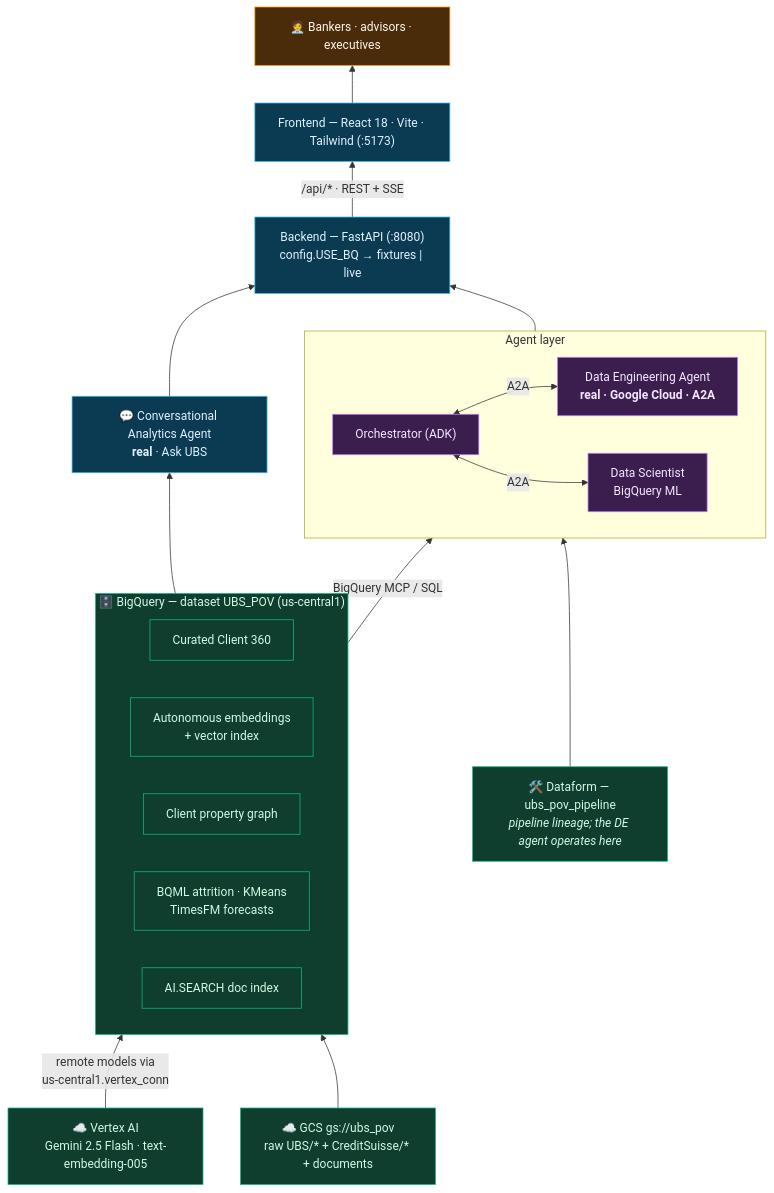
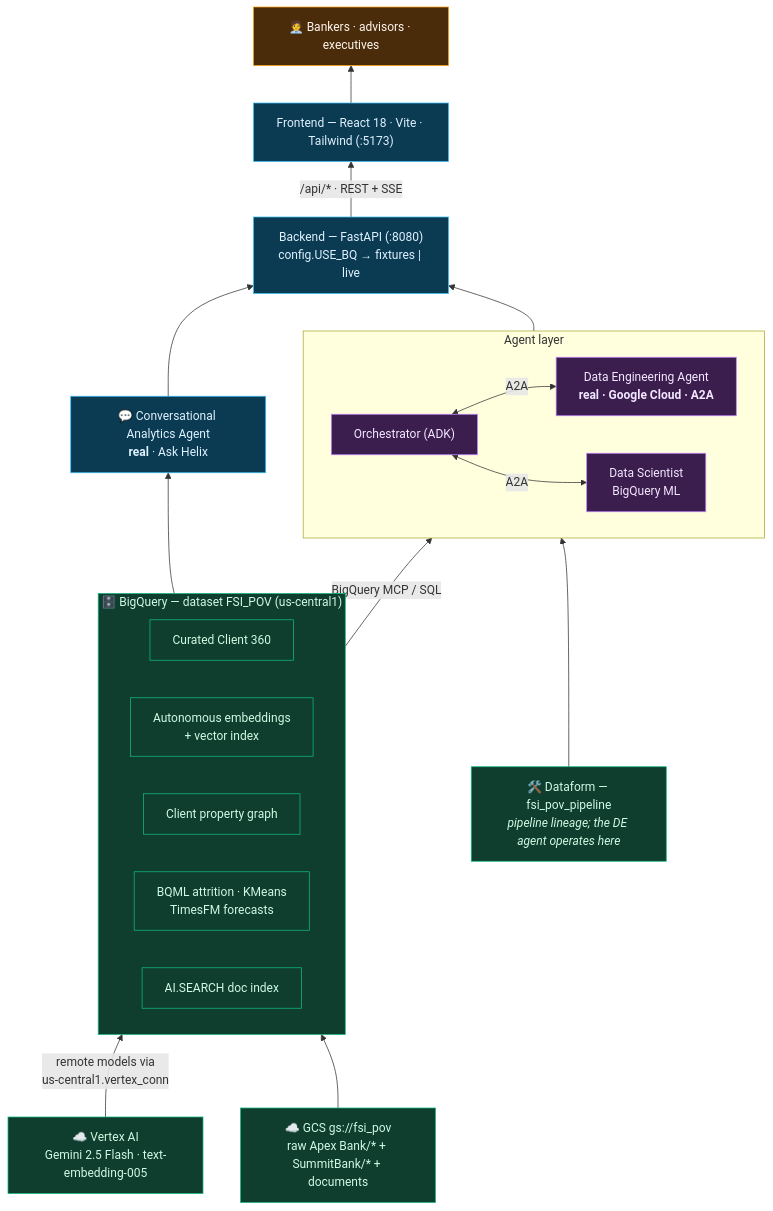
The second of 2 diagrams in README.md (gargravish/fsi_pov), drawn with Mermaid before and after one commit. The commit also changed other lines of this file and 55 other files, not shown here.

Commit message:
fix: resolve Conversational Analytics agent 404 location and parent context mapping

````diff
--- a/README.md
+++ b/README.md
@@ -154,49 +154,49 @@
 ```mermaid
 flowchart BT
     %% ===== bottom: cloud foundation =====
     VX["☁️ Vertex AI<br/>Gemini 2.5 Flash · text-embedding-005"]
-    GCS["☁️ GCS gs://ubs_pov<br/>raw UBS/* + CreditSuisse/* + documents"]
-    DF["🛠️ Dataform — ubs_pov_pipeline<br/><i>pipeline lineage; the DE agent operates here</i>"]
+    GCS["☁️ GCS gs://fsi_pov<br/>raw Apex Bank/* + SummitBank/* + documents"]
+    DF["🛠️ Dataform — fsi_pov_pipeline<br/><i>pipeline lineage; the DE agent operates here</i>"]
 
-    subgraph BQ["🗄️ BigQuery — dataset UBS_POV (us-central1)"]
+    subgraph BQ["🗄️ BigQuery — dataset FSI_POV (us-central1)"]
         direction LR
         Z1["Curated Client 360"]
         Z2["Autonomous embeddings<br/>+ vector index"]
         Z3["Client property graph"]
         Z4["BQML attrition · KMeans<br/>TimesFM forecasts"]
         Z5["AI.SEARCH doc index"]
     end
 
     VX -->|"remote models via<br/>us-central1.vertex_conn"| BQ
     GCS --> BQ
 
     %% ===== middle: agents + backend =====
     subgraph AGENTS["Agent layer"]
         direction LR
         ORC["Orchestrator (ADK)"]
         DE["Data Engineering Agent<br/><b>real · Google Cloud · A2A</b>"]
         DS["Data Scientist<br/>BigQuery ML"]
         ORC <-->|A2A| DE
         ORC <-->|A2A| DS
     end
-    CA["💬 Conversational Analytics Agent<br/><b>real</b> · Ask UBS"]
+    CA["💬 Conversational Analytics Agent<br/><b>real</b> · Ask Helix"]
 
     BQ -->|"BigQuery MCP / SQL"| AGENTS
     DF --> DE
     BQ --> CA
     AGENTS --> API["Backend — FastAPI (:8080)<br/>config.USE_BQ → fixtures | live"]
     CA --> API
 
     %% ===== top: app + users =====
     API -->|"/api/* · REST + SSE"| FE["Frontend — React 18 · Vite · Tailwind (:5173)"]
     FE --> USER["🧑‍💼 Bankers · advisors · executives"]
 
     classDef store fill:#0f3d2e,stroke:#10b981,color:#d1fae5;
     classDef svc fill:#0b3a53,stroke:#38bdf8,color:#e0f2fe;
     classDef ag fill:#3b1d4e,stroke:#c084fc,color:#f3e8ff;
     classDef user fill:#4a2c0b,stroke:#f59e0b,color:#fff7ed;
     class BQ,GCS,VX,DF,Z1,Z2,Z3,Z4,Z5 store;
     class FE,API,CA svc;
     class ORC,DE,DS ag;
     class USER user;
 ```
````
